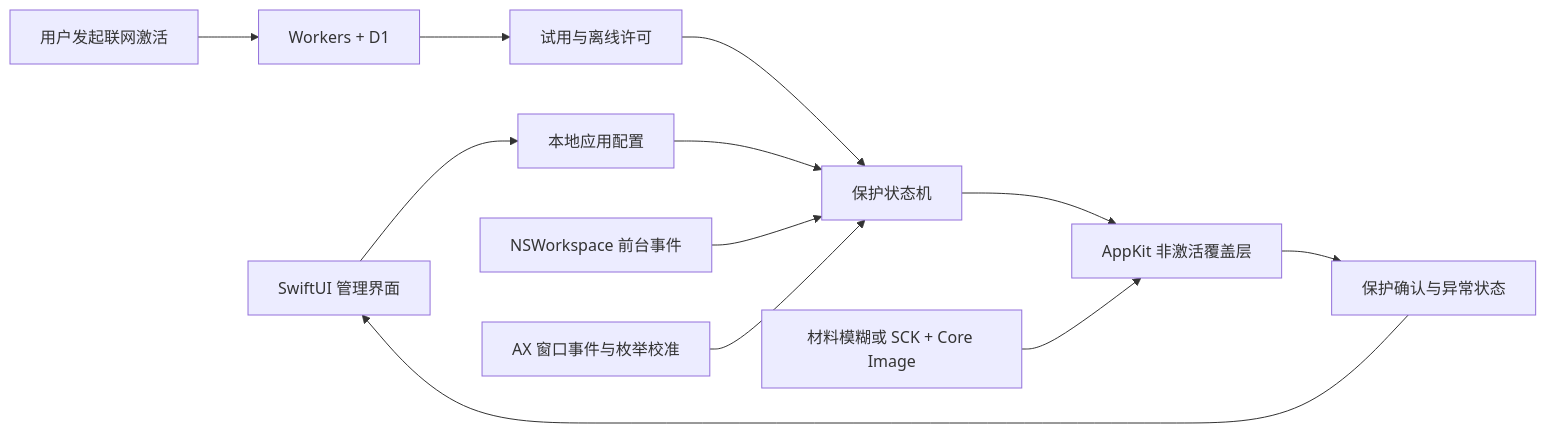
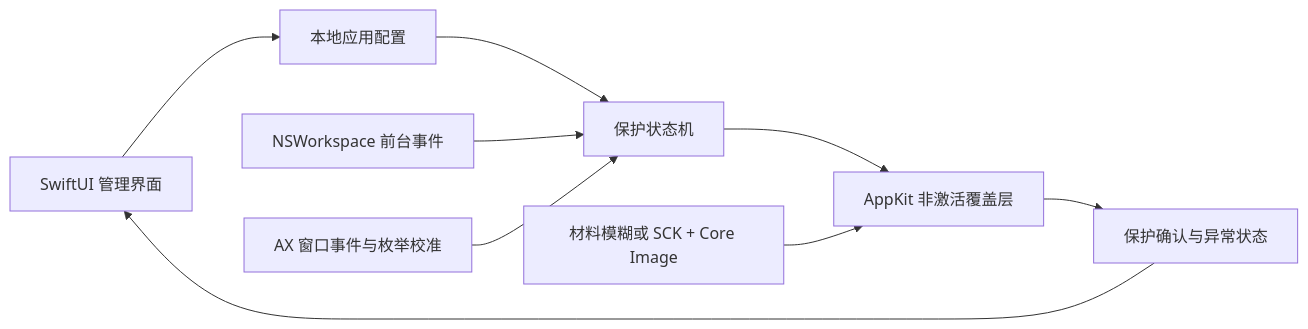
The diagram in docs/architecture/TECH_SELECTION.md (NieAnSHOW/Sensveil), drawn with Mermaid before and after one commit. The commit also changed other lines of this file and 29 other files, not shown here.

````diff
--- a/docs/architecture/TECH_SELECTION.md
+++ b/docs/architecture/TECH_SELECTION.md
@@ -28,14 +28,11 @@
 ```mermaid
 flowchart LR
     UI[SwiftUI 管理界面] --> Config[本地应用配置]
-    Rights[试用与离线许可] --> Policy[保护状态机]
-    Config --> Policy
+    Config --> Policy[保护状态机]
     Focus[NSWorkspace 前台事件] --> Policy
     Track[AX 窗口事件与枚举校准] --> Policy
     Policy --> Overlay[AppKit 非激活覆盖层]
     Blur[材料模糊或 SCK + Core Image] --> Overlay
     Overlay --> Status[保护确认与异常状态]
     Status --> UI
-    Activate[用户发起联网激活] --> Service[Workers + D1]
-    Service --> Rights
 ```
````
